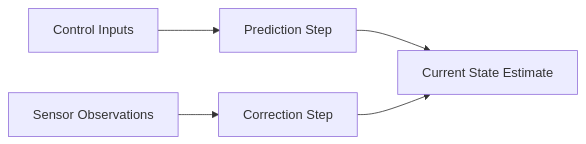
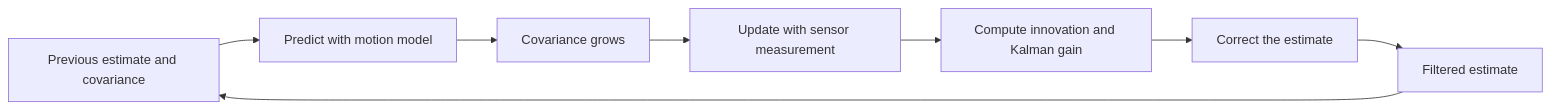
The first of 2 diagrams in docs/part2-sensing/04-state-estimation.mdx (Muhammadumerakmal/physical-ai-humanoid-robotics), drawn with Mermaid before and after one commit. The commit also changed other lines of this file and 59 other files, not shown here.

````diff
--- a/docs/part2-sensing/04-state-estimation.mdx
+++ b/docs/part2-sensing/04-state-estimation.mdx
@@ -54,7 +126,10 @@
 ```mermaid
-graph LR
-    U[Control Inputs] --> Prediction[Prediction Step]
-    Prediction --> State[Current State Estimate]
-    Z[Sensor Observations] --> Correction[Correction Step]
-    Correction --> State
+flowchart LR
+    Start[Previous estimate and covariance] --> Pred[Predict with motion model]
+    Pred --> Cov[Covariance grows]
+    Cov --> Upd[Update with sensor measurement]
+    Upd --> Innov[Compute innovation and Kalman gain]
+    Innov --> Corr[Correct the estimate]
+    Corr --> Out[Filtered estimate]
+    Out --> Start
 ```
````
